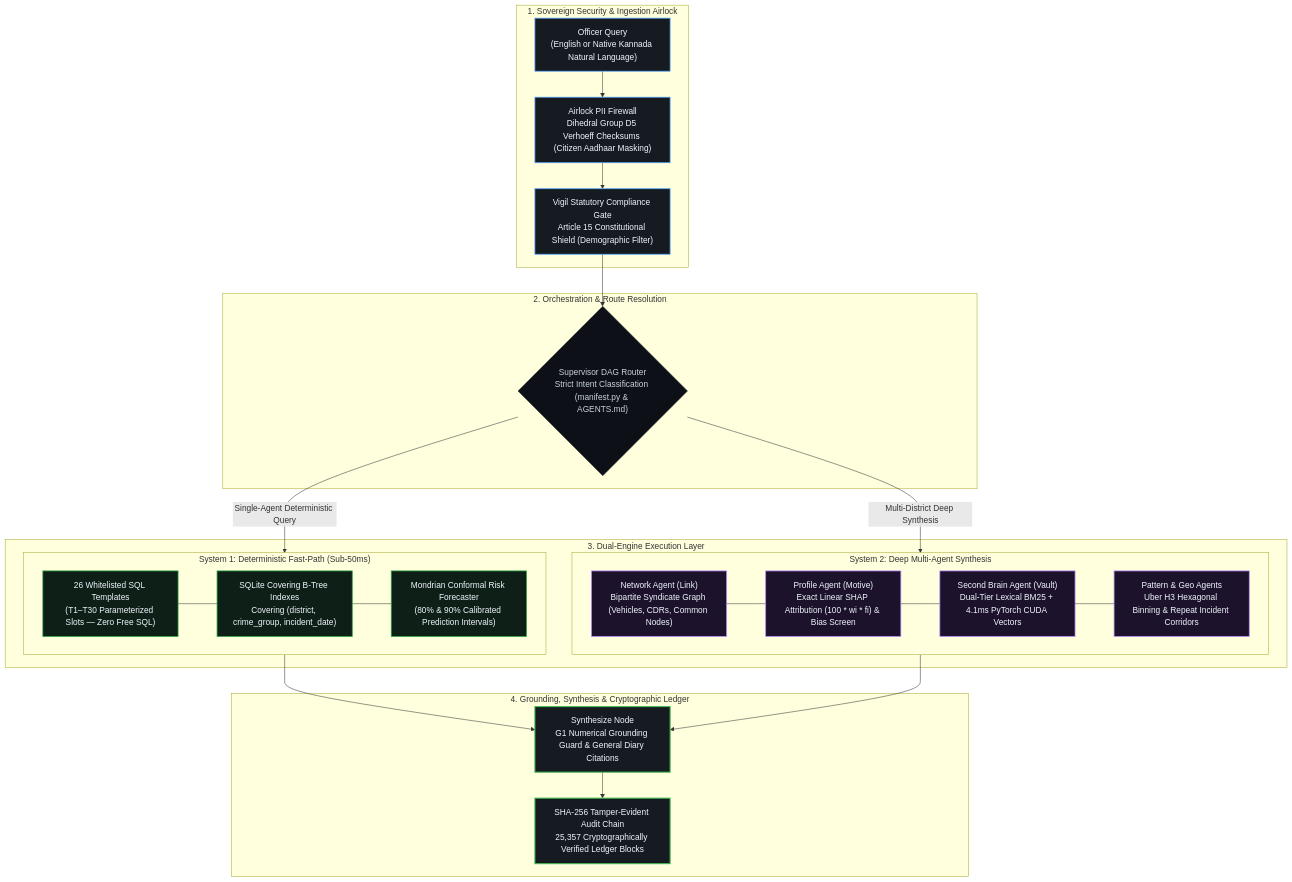
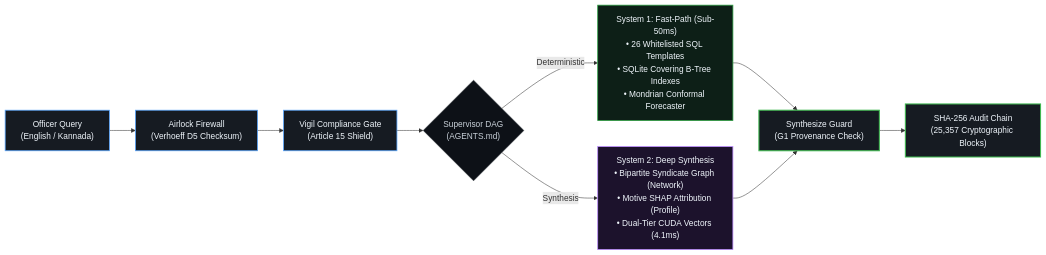
Before and after one commit to harshax007/antar: the diagram in README.md, drawn with Mermaid. The commit also changed other lines of this file, not shown here.

Commit message:
docs: streamline System Architecture into a single-frame horizontal diagram

````diff
--- a/README.md
+++ b/README.md
@@ -37,54 +37,28 @@
 ```mermaid
-flowchart TD
-    subgraph Ingestion ["1. Sovereign Security & Ingestion Airlock"]
-        Q["Officer Query<br/>(English or Native Kannada Natural Language)"]
-        AIR["Airlock PII Firewall<br/>Dihedral Group D5 Verhoeff Checksums (Citizen Aadhaar Masking)"]
-        VIG["Vigil Statutory Compliance Gate<br/>Article 15 Constitutional Shield (Demographic Filter)"]
-        Q --> AIR --> VIG
-    end
+flowchart LR
+    %% Ingestion Pipeline
+    Q["Officer Query<br/>(English / Kannada)"] --> AIR["Airlock Firewall<br/>(Verhoeff D5 Checksum)"]
+    AIR --> VIG["Vigil Compliance Gate<br/>(Article 15 Shield)"]
+    VIG --> SUP{"Supervisor DAG<br/>(AGENTS.md)"}
 
-    subgraph Routing ["2. Orchestration & Route Resolution"]
-        SUP{"Supervisor DAG Router<br/>Strict Intent Classification (manifest.py & AGENTS.md)"}
-        VIG --> SUP
-    end
+    %% Dual-Path Execution
+    SUP -->|Deterministic| S1["System 1: Fast-Path (Sub-50ms)<br/>• 26 Whitelisted SQL Templates<br/>• SQLite Covering B-Tree Indexes<br/>• Mondrian Conformal Forecaster"]
+    SUP -->|Synthesis| S2["System 2: Deep Synthesis<br/>• Bipartite Syndicate Graph (Network)<br/>• Motive SHAP Attribution (Profile)<br/>• Dual-Tier CUDA Vectors (4.1ms)"]
 
-    subgraph Execution ["3. Dual-Engine Execution Layer"]
-        subgraph FastPath ["System 1: Deterministic Fast-Path (Sub-50ms)"]
-            TPL["26 Whitelisted SQL Templates<br/>(T1–T30 Parameterized Slots — Zero Free SQL)"]
-            BTREE["SQLite Covering B-Tree Indexes<br/>Covering (district, crime_group, incident_date)"]
-            CONF["Mondrian Conformal Risk Forecaster<br/>(80% & 90% Calibrated Prediction Intervals)"]
-            TPL --- BTREE --- CONF
-        end
-
-        subgraph DeepSynth ["System 2: Deep Multi-Agent Synthesis"]
-            NET["Network Agent (Link)<br/>Bipartite Syndicate Graph (Vehicles, CDRs, Common Nodes)"]
-            PROF["Profile Agent (Motive)<br/>Exact Linear SHAP Attribution (100 * wi * fi) & Bias Screen"]
-            BRN["Second Brain Agent (Vault)<br/>Dual-Tier Lexical BM25 + 4.1ms PyTorch CUDA Vectors"]
-            PAT["Pattern & Geo Agents<br/>Uber H3 Hexagonal Binning & Repeat Incident Corridors"]
-            NET --- PROF --- BRN --- PAT
-        end
-    end
-
-    SUP -->|Single-Agent Deterministic Query| FastPath
-    SUP -->|Multi-District Deep Synthesis| DeepSynth
-
-    subgraph AuditGate ["4. Grounding, Synthesis & Cryptographic Ledger"]
-        SYN["Synthesize Node<br/>G1 Numerical Grounding Guard & General Diary Citations"]
-        AUD["SHA-256 Tamper-Evident Audit Chain<br/>25,357 Cryptographically Verified Ledger Blocks"]
-        FastPath --> SYN
-        DeepSynth --> SYN
-        SYN --> AUD
-    end
+    %% Grounding & Output
+    S1 --> SYN["Synthesize Guard<br/>(G1 Provenance Check)"]
+    S2 --> SYN
+    SYN --> AUD["SHA-256 Audit Chain<br/>(25,357 Cryptographic Blocks)"]
 
     classDef default fill:#0d1117,stroke:#30363d,stroke-width:1px,color:#c9d1d9;
     classDef gate fill:#161b22,stroke:#58a6ff,stroke-width:1.5px,color:#f0f6fc;
     classDef fast fill:#0d1f17,stroke:#2ea043,stroke-width:1.5px,color:#f0f6fc;
     classDef deep fill:#1c122c,stroke:#bc8cff,stroke-width:1.5px,color:#f0f6fc;
     classDef audit fill:#161b22,stroke:#3fb950,stroke-width:2px,color:#f0f6fc;
 
     class Q,AIR,VIG gate;
     class SUP default;
-    class TPL,BTREE,CONF fast;
-    class NET,PROF,BRN,PAT deep;
+    class S1 fast;
+    class S2 deep;
     class SYN,AUD audit;
 ```
````
